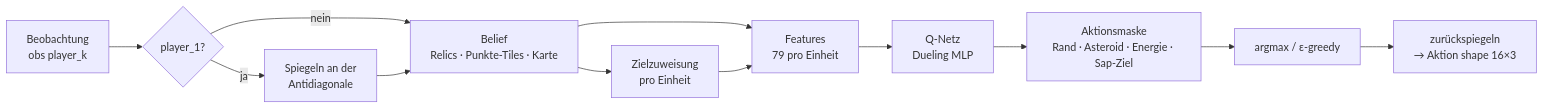
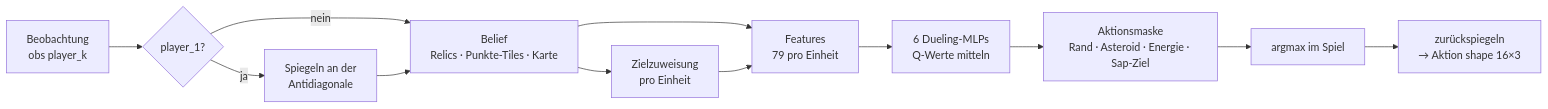
Before and after one commit to elhassanmahmoud/sherlock-luxAI-team15: the diagram in README.md, drawn with Mermaid. The commit also changed other lines of this file and 4 other files, not shown here.

````diff
--- a/README.md
+++ b/README.md
@@ -52,14 +73,14 @@
 ```mermaid
 flowchart LR
     O[Beobachtung<br/>obs player_k] --> M{player_1?}
     M -- ja --> S[Spiegeln an der<br/>Antidiagonale]
     M -- nein --> B
     S --> B[Belief<br/>Relics · Punkte-Tiles · Karte]
     B --> Z[Zielzuweisung<br/>pro Einheit]
     B --> F[Features<br/>79 pro Einheit]
     Z --> F
-    F --> Q[Q-Netz<br/>Dueling MLP]
+    F --> Q[6 Dueling-MLPs<br/>Q-Werte mitteln]
     Q --> K[Aktionsmaske<br/>Rand · Asteroid · Energie · Sap-Ziel]
-    K --> A[argmax / ε-greedy]
+    K --> A[argmax im Spiel]
     A --> R[zurückspiegeln<br/>→ Aktion shape 16×3]
 ```
````
